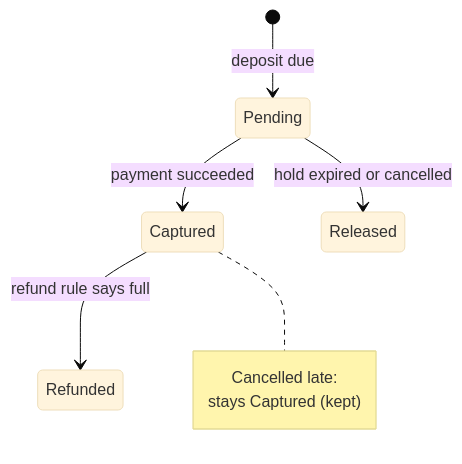
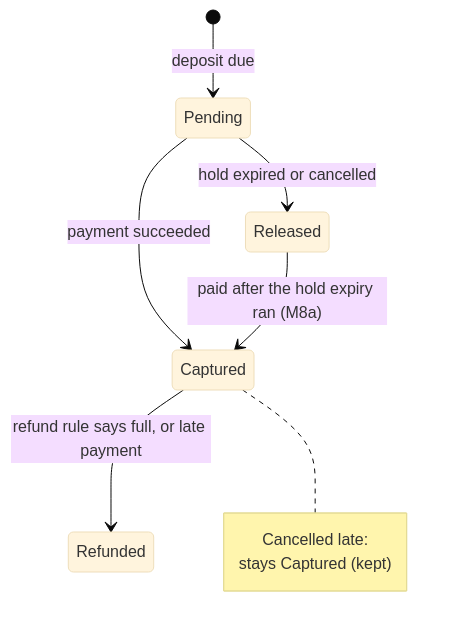
One commit to ring9834/TableReservation changed the eighth of 28 diagrams in docs/Design.md. Above: the diagram before and after it, drawn with Mermaid (base theme). The commit also changed other lines of this file and 57 other files, not shown here.

First line of the commit message:
feat(payments): Stripe deposits, hold expiry, webhooks and refunds (#23)

````diff
--- a/docs/Design.md
+++ b/docs/Design.md
@@ -551,11 +555,12 @@
 ```mermaid
 stateDiagram-v2
     [*] --> Pending: deposit due
     Pending --> Captured: payment succeeded
     Pending --> Released: hold expired or cancelled
-    Captured --> Refunded: refund rule says full
+    Released --> Captured: paid after the hold expiry ran (M8a)
+    Captured --> Refunded: refund rule says full, or late payment
     note right of Captured
         Cancelled late:
         stays Captured (kept)
     end note
 ```
````
